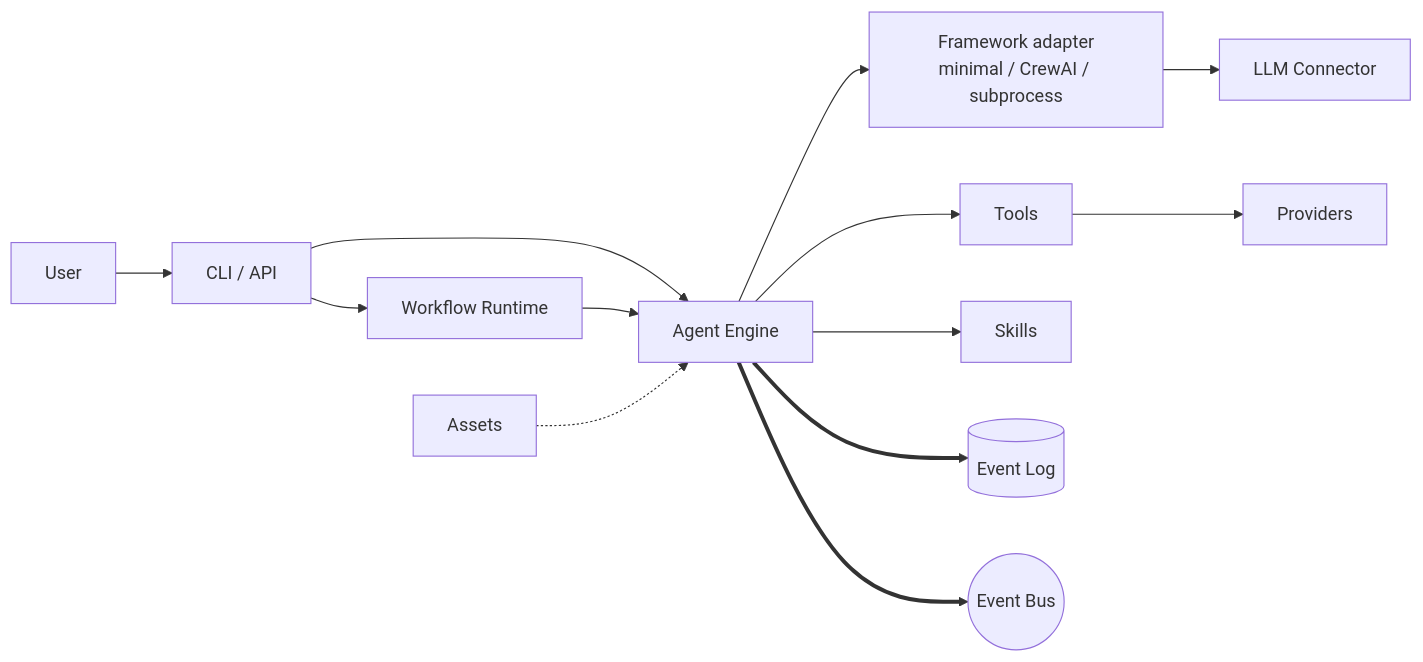
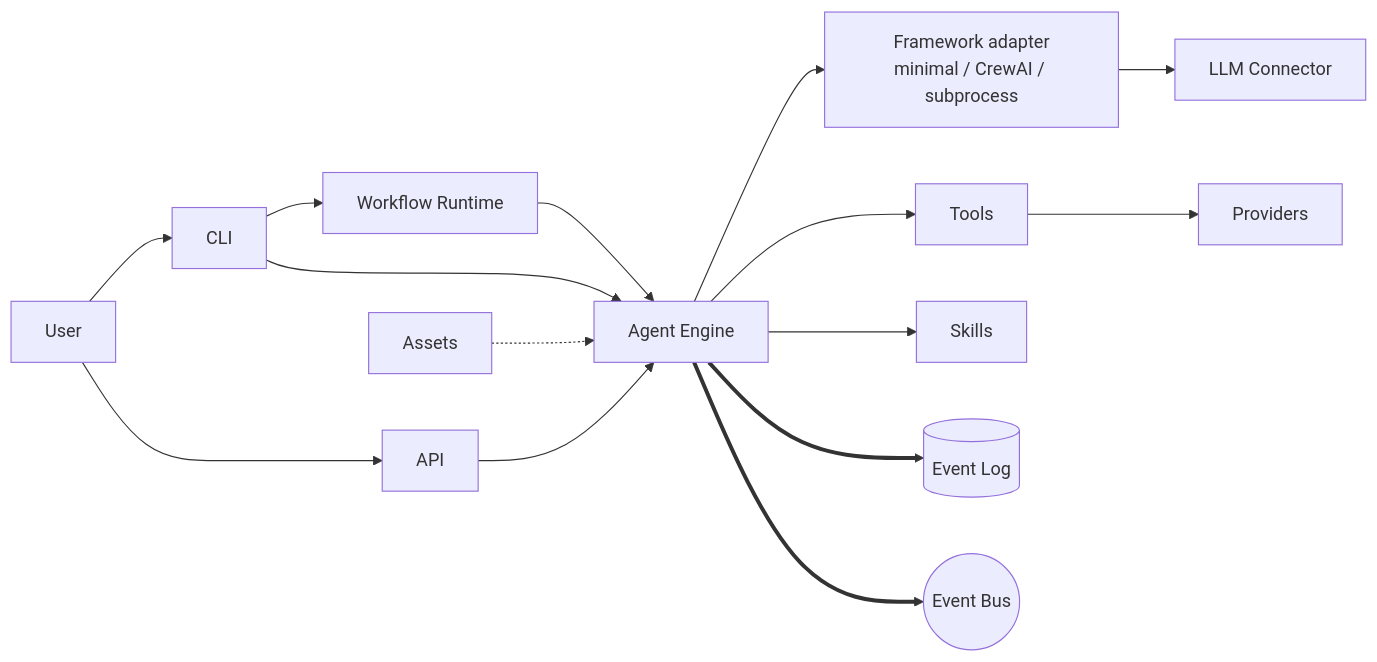
Before and after one commit to Signal-Vector/kolsch: the diagram in docs/architecture/index.md, drawn with Mermaid. The commit also changed other lines of this file and 16 other files, not shown here.

````diff
--- a/docs/architecture/index.md
+++ b/docs/architecture/index.md
@@ -14,27 +18,30 @@
 ```mermaid
 graph LR
-    User[User] --> CLI[CLI / API]
+    User[User] --> CLI[CLI]
+    User[User] --> API[API]
     CLI --> WF[Workflow Runtime]
     CLI --> Engine[Agent Engine]
+    API --> Engine
     WF --> Engine
     Engine --> Framework[Framework adapter<br/>minimal / CrewAI / subprocess]
     Framework --> LLM[LLM Connector]
     Engine --> Tools
     Engine --> Skills
     Tools --> Providers
     Engine ==> Store[(Event Log)]
     Engine ==> Bus((Event Bus))
     Assets -.-> Engine
 
     click CLI "cli/"
+    click API "api/"
     click WF "workflows/"
     click Engine "engine/"
     click Framework "engine/"
     click Tools "tools/"
     click Skills "skills/"
     click Store "store/"
     click Bus "bus/"
     click Providers "providers/"
     click LLM "llm/"
     click Assets "assets/"
 ```
````
